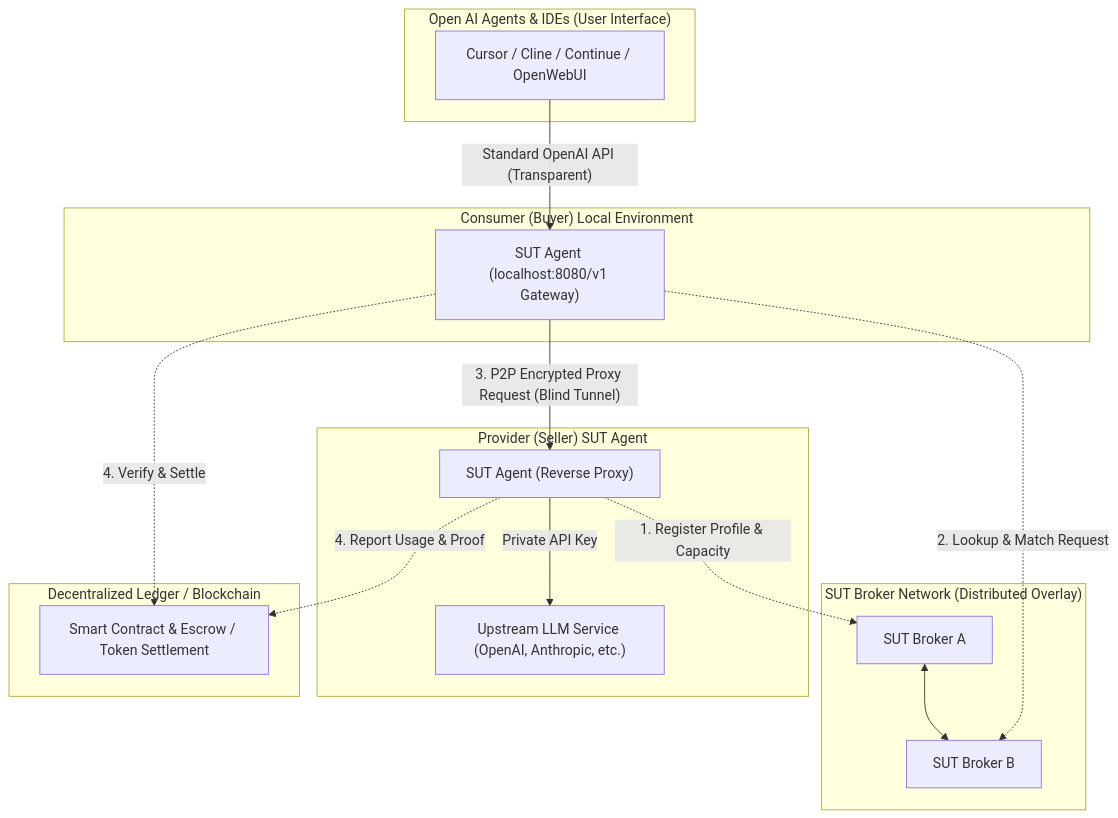
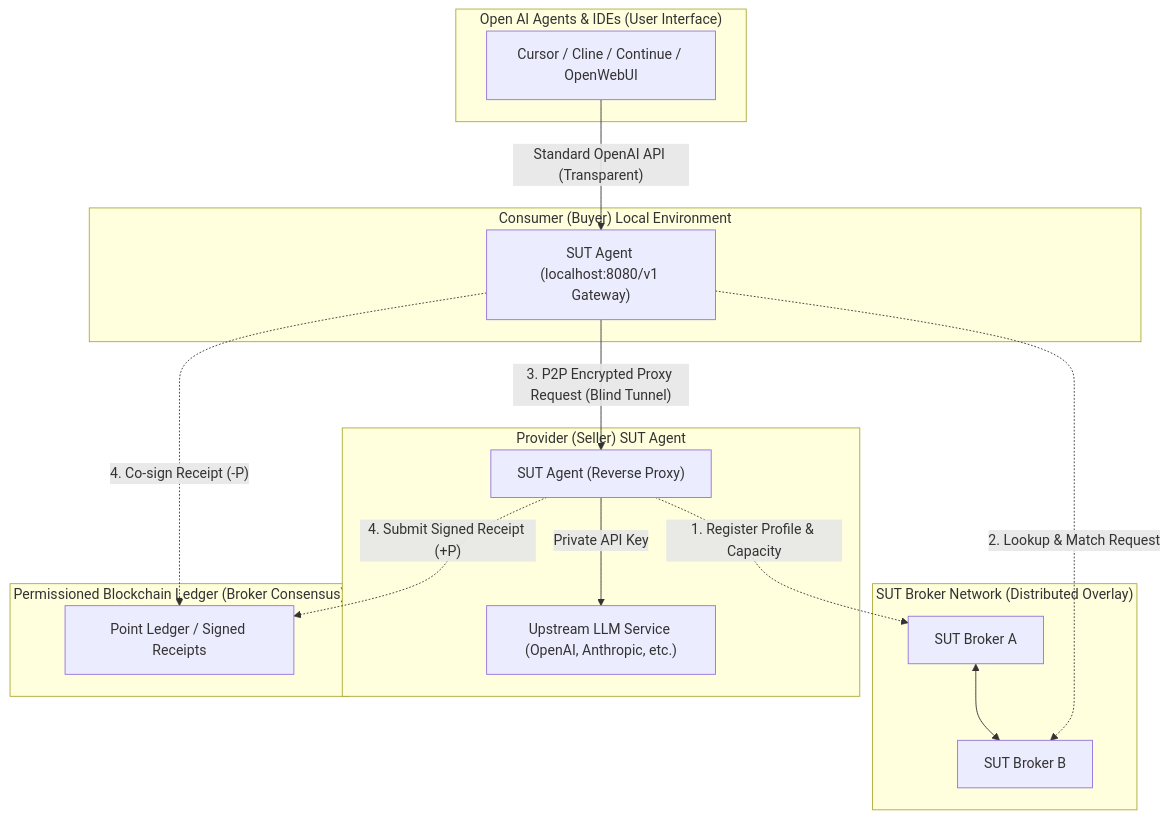
The first of 3 diagrams in docs/system-overview.md (tanminkwan/share-ur-tokens), drawn with Mermaid before and after one commit. The commit also changed other lines of this file and 12 other files, not shown here.

````diff
--- a/docs/system-overview.md
+++ b/docs/system-overview.md
@@ -39,30 +39,30 @@
 ```mermaid
 flowchart TB
     subgraph Client_App["Open AI Agents & IDEs (User Interface)"]
         Cursor["Cursor / Cline / Continue / OpenWebUI"]
     end
 
     subgraph Consumer_Node["Consumer (Buyer) Local Environment"]
         CA["SUT Agent (localhost:8080/v1 Gateway)"]
     end
 
     subgraph Broker_Network["SUT Broker Network (Distributed Overlay)"]
         B1["SUT Broker A"] <--> B2["SUT Broker B"]
     end
 
     subgraph Provider_Node["Provider (Seller) SUT Agent"]
         PA["SUT Agent (Reverse Proxy)"]
         PA -->|"Private API Key"| LLM["Upstream LLM Service (OpenAI, Anthropic, etc.)"]
     end
 
-    subgraph Ledger_Layer["Decentralized Ledger / Blockchain"]
-        SC["Smart Contract & Escrow / Token Settlement"]
+    subgraph Ledger_Layer["Permissioned Blockchain Ledger (Broker Consensus)"]
+        SC["Point Ledger / Signed Receipts"]
     end
 
     Cursor -->|"Standard OpenAI API (Transparent)"| CA
     PA -.->|"1. Register Profile & Capacity"| B1
     CA -.->|"2. Lookup & Match Request"| B2
     CA -->|"3. P2P Encrypted Proxy Request (Blind Tunnel)"| PA
-    PA -.->|"4. Report Usage & Proof"| SC
-    CA -.->|"4. Verify & Settle"| SC
+    PA -.->|"4. Submit Signed Receipt (+P)"| SC
+    CA -.->|"4. Co-sign Receipt (-P)"| SC
 ```
````
